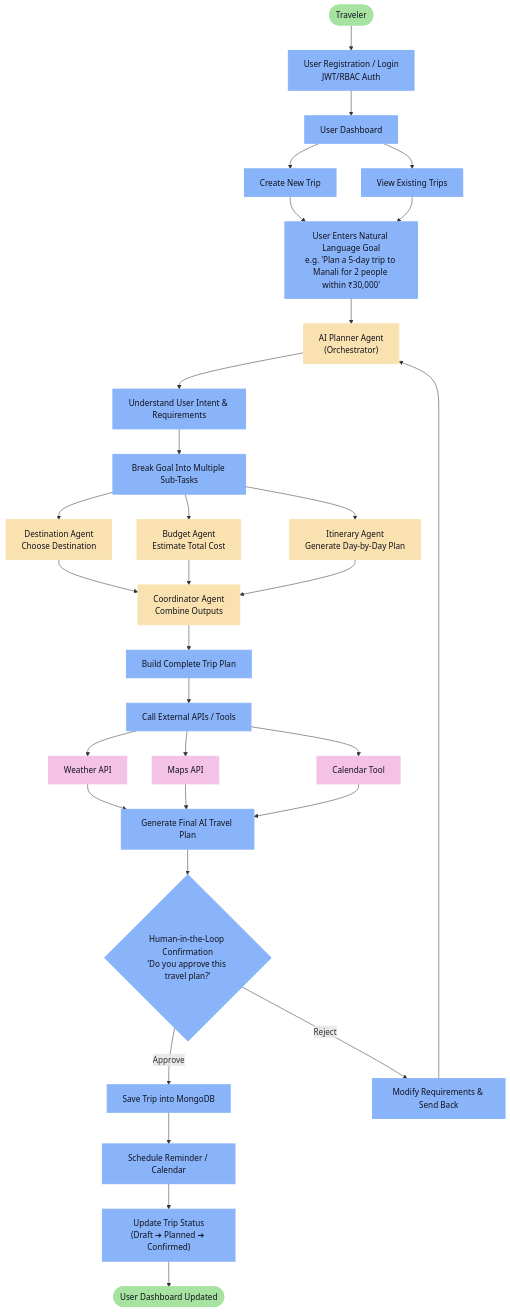
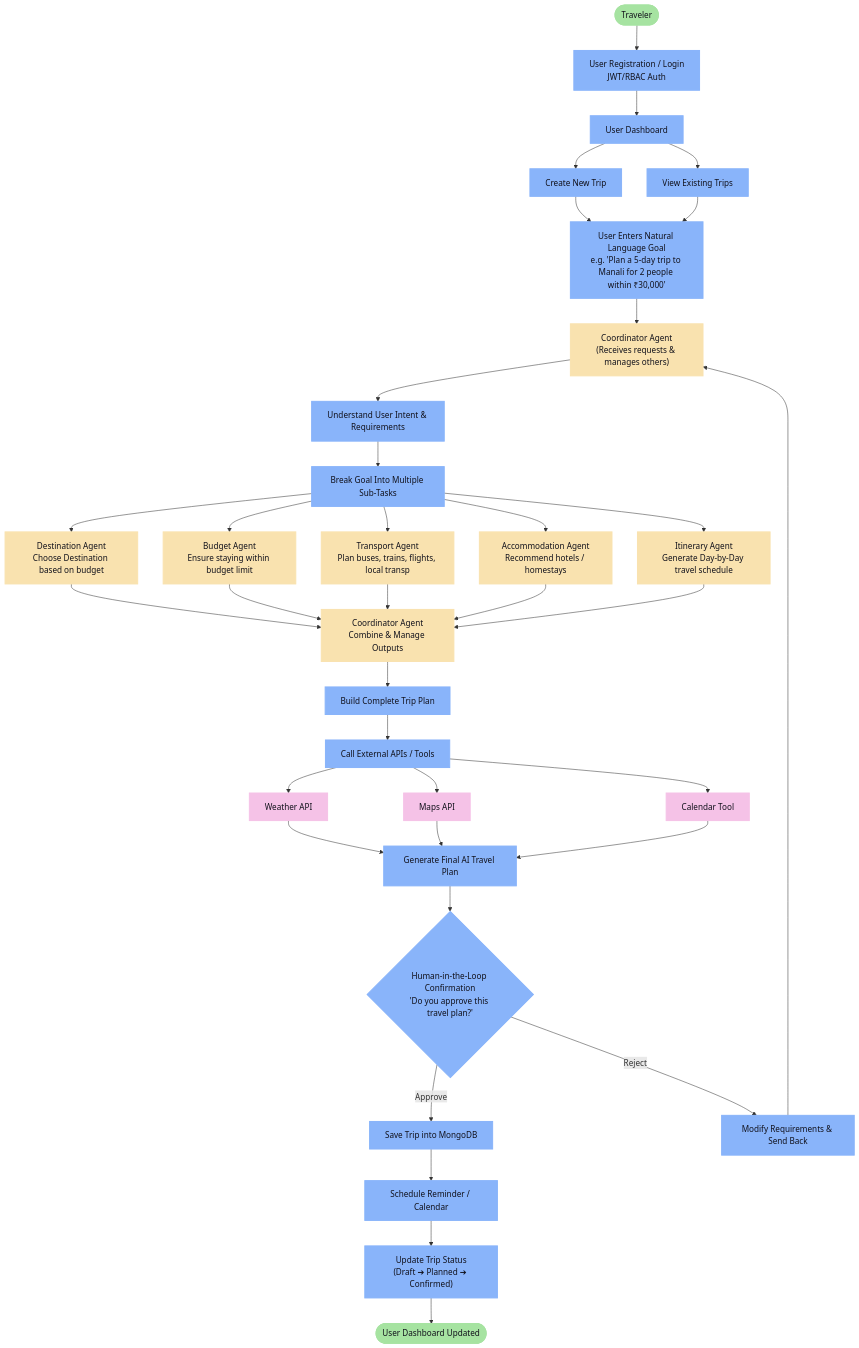
The first of 5 diagrams in README.md (Dhayananth1511/AI-Travel-Planner_CapStoneProject_Presidio_InternShip), drawn with Mermaid before and after one commit. The commit also changed other lines of this file, not shown here.

Commit message:
Flow chart

````diff
--- a/README.md
+++ b/README.md
@@ -14,52 +14,56 @@
 ```mermaid
 graph TD
     %% Styling and config
     classDef default fill:#1e1e2e,stroke:#cdd6f4,stroke-width:2px,color:#cdd6f4;
     classDef startEnd fill:#a6e3a1,stroke:#a6e3a1,stroke-width:2px,color:#11111b;
     classDef process fill:#89b4fa,stroke:#89b4fa,stroke-width:2px,color:#11111b;
     classDef agent fill:#f9e2af,stroke:#f9e2af,stroke-width:2px,color:#11111b;
     classDef api fill:#f5c2e7,stroke:#f5c2e7,stroke-width:2px,color:#11111b;
     
     Traveler([Traveler]):::startEnd --> Auth["User Registration / Login<br/>JWT/RBAC Auth"]:::process
     Auth --> Dashboard["User Dashboard"]:::process
     
     Dashboard --> Create["Create New Trip"]:::process
     Dashboard --> View["View Existing Trips"]:::process
     
     Create --> InputGoal["User Enters Natural Language Goal<br/>e.g. 'Plan a 5-day trip to Manali for 2 people within ₹30,000'"]:::process
     View --> InputGoal
     
-    InputGoal --> Orchestrator["AI Planner Agent<br/>(Orchestrator)"]:::agent
+    InputGoal --> Orchestrator["Coordinator Agent<br/>(Receives requests & manages others)"]:::agent
     Orchestrator --> ParseIntent["Understand User Intent & Requirements"]:::process
     ParseIntent --> SplitTasks["Break Goal Into Multiple Sub-Tasks"]:::process
     
-    SplitTasks --> DestAgent["Destination Agent<br/>Choose Destination"]:::agent
-    SplitTasks --> BudgetAgent["Budget Agent<br/>Estimate Total Cost"]:::agent
-    SplitTasks --> ItinAgent["Itinerary Agent<br/>Generate Day-by-Day Plan"]:::agent
+    SplitTasks --> DestAgent["Destination Agent<br/>Choose Destination based on budget"]:::agent
+    SplitTasks --> BudgetAgent["Budget Agent<br/>Ensure staying within budget limit"]:::agent
+    SplitTasks --> TransAgent["Transport Agent<br/>Plan buses, trains, flights, local transp"]:::agent
+    SplitTasks --> AccomAgent["Accommodation Agent<br/>Recommend hotels / homestays"]:::agent
+    SplitTasks --> ItinAgent["Itinerary Agent<br/>Generate Day-by-Day travel schedule"]:::agent
     
-    DestAgent --> Coordinator["Coordinator Agent<br/>Combine Outputs"]:::agent
+    DestAgent --> Coordinator["Coordinator Agent<br/>Combine & Manage Outputs"]:::agent
     BudgetAgent --> Coordinator
+    TransAgent --> Coordinator
+    AccomAgent --> Coordinator
     ItinAgent --> Coordinator
     
     Coordinator --> BuildPlan["Build Complete Trip Plan"]:::process
     BuildPlan --> ToolCall["Call External APIs / Tools"]:::process
     
     ToolCall --> WeatherAPI["Weather API"]:::api
     ToolCall --> MapsAPI["Maps API"]:::api
     ToolCall --> CalendarTool["Calendar Tool"]:::api
     
     WeatherAPI --> MergePlan["Generate Final AI Travel Plan"]:::process
     MapsAPI --> MergePlan
     CalendarTool --> MergePlan
     
     MergePlan --> HITL{"Human-in-the-Loop Confirmation<br/>'Do you approve this travel plan?'"}:::process
     
     HITL -->|Approve| SaveDB["Save Trip into MongoDB"]:::process
     HITL -->|Reject| ModifyReq["Modify Requirements & Send Back"]:::process
     
     SaveDB --> ScheduleRem["Schedule Reminder / Calendar"]:::process
     ModifyReq --> Orchestrator
     
     ScheduleRem --> UpdateStatus["Update Trip Status<br/>(Draft ➔ Planned ➔ Confirmed)"]:::process
     UpdateStatus --> DashboardUpdate([User Dashboard Updated]):::startEnd
 ```
````
